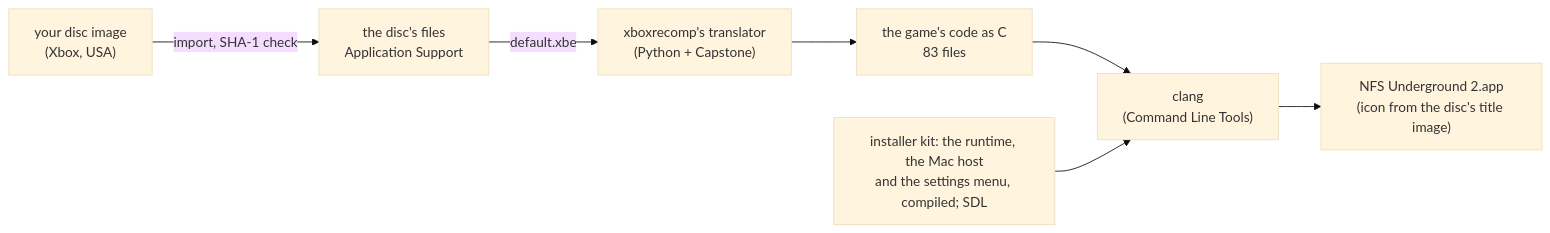
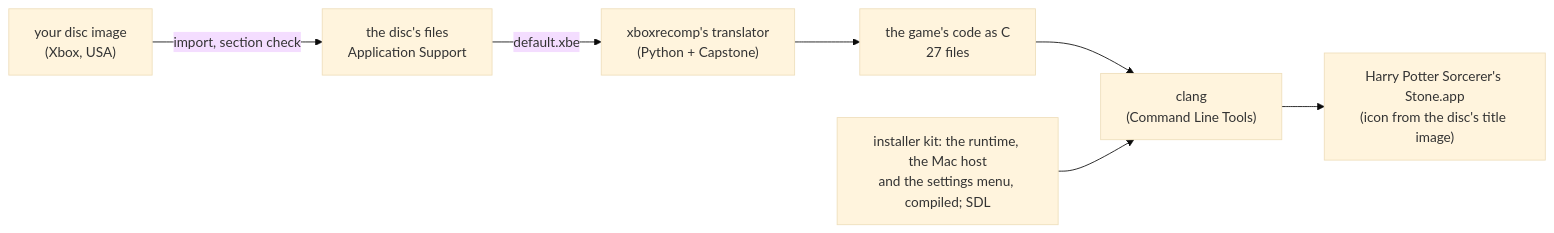
One commit to sanyokkua/hp1-xbox-port changed the first of 2 diagrams in README.md. Above: the diagram before and after it, drawn with Mermaid (base theme). The commit also changed other lines of this file and 20 other files, not shown here.

````diff
--- a/README.md
+++ b/README.md
@@ -159,9 +172,9 @@
 ```mermaid
 flowchart LR
-    ISO["your disc image<br/>(Xbox, USA)"] -->|"import, SHA-1 check"| GAME["the disc's files<br/>Application Support"]
+    ISO["your disc image<br/>(Xbox, USA)"] -->|"import, section check"| GAME["the disc's files<br/>Application Support"]
     GAME -->|"default.xbe"| LIFT["xboxrecomp's translator<br/>(Python + Capstone)"]
-    LIFT --> C["the game's code as C<br/>83 files"]
+    LIFT --> C["the game's code as C<br/>27 files"]
     C --> CLANG["clang<br/>(Command Line Tools)"]
     KIT["installer kit: the runtime, the Mac host<br/>and the settings menu, compiled; SDL"] --> CLANG
-    CLANG --> APP["NFS Underground 2.app<br/>(icon from the disc's title image)"]
+    CLANG --> APP["Harry Potter Sorcerer's Stone.app<br/>(icon from the disc's title image)"]
 ```
````
